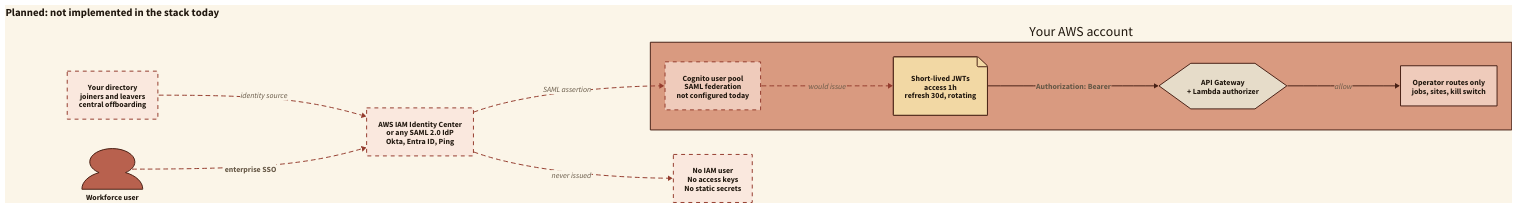
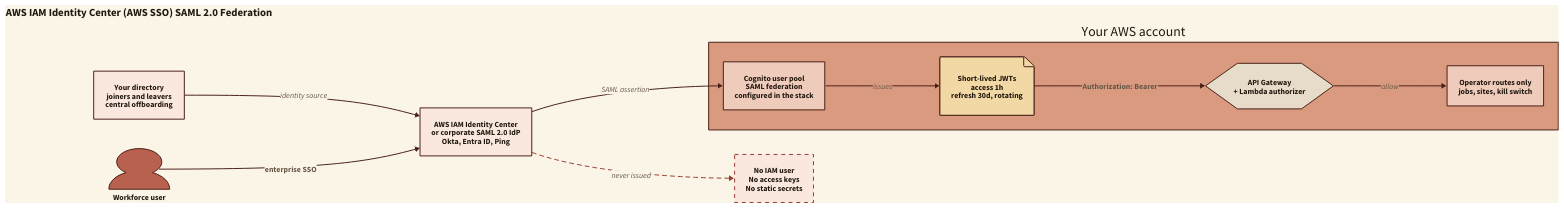
The diagram in docs/diagrams/auth-identity-center.d2 (AnthusAI/Auritus), drawn with D2 before and after one commit. The commit also changed 15 other files, not shown here.

Commit message:
feat(auth): support Google Workspace and AWS IAM Identity Center SSO federation

```diff
--- a/docs/diagrams/auth-identity-center.d2
+++ b/docs/diagrams/auth-identity-center.d2
@@ -1,103 +1,100 @@
 direction: right
 
 vars: {
   d2-config: {
     pad: 32
     theme-overrides: {
       N1: "#21180f"
       N2: "#665846"
       N3: "#9a8668"
       N4: "#cdbfa8"
       N5: "#e6dcc9"
       N6: "#f5eedf"
       N7: "#fbf5e8"
       B1: "#482015"
       B2: "#943c2e"
       B3: "#b8614e"
       B4: "#d99a80"
       B5: "#efcbbb"
       B6: "#fae8de"
       AA2: "#6e4f2b"
       AA4: "#b88e4c"
       AA5: "#e5c88f"
       AB4: "#b87925"
       AB5: "#f2d8a4"
     }
     dark-theme-overrides: {
       N1: "#f3e6cf"
       N2: "#cfbea4"
       N3: "#a99273"
       N4: "#705c44"
       N5: "#4a3928"
       N6: "#382b21"
       N7: "#2d231b"
       B1: "#f3d3c1"
       B2: "#e19a78"
       B3: "#bd7258"
       B4: "#704132"
       B5: "#482c22"
       B6: "#301e18"
       AA2: "#d7b57a"
       AA4: "#926e39"
       AA5: "#4f3920"
       AB4: "#efb85d"
       AB5: "#5c401f"
     }
   }
 }
 
 title: {
-  label: "Planned: not implemented in the stack today"
+  label: "AWS IAM Identity Center (AWS SSO) SAML 2.0 Federation"
   shape: text
   style.font-size: 22
   style.bold: true
 }
 
 operator: {
   label: "Workforce user"
   shape: person
 }
 
 idc: {
-  label: "AWS IAM Identity Center\nor any SAML 2.0 IdP\nOkta, Entra ID, Ping"
-  style.stroke-dash: 4
+  label: "AWS IAM Identity Center\nor corporate SAML 2.0 IdP\nOkta, Entra ID, Ping"
 }
 
 directory: {
   label: "Your directory\njoiners and leavers\ncentral offboarding"
-  style.stroke-dash: 4
 }
 
 aws: {
   label: "Your AWS account"
 
   pool: {
-    label: "Cognito user pool\nSAML federation\nnot configured today"
-    style.stroke-dash: 4
+    label: "Cognito user pool\nSAML federation\nconfigured in the stack"
   }
   tokens: {
     label: "Short-lived JWTs\naccess 1h\nrefresh 30d, rotating"
     shape: page
   }
   api: {
     label: "API Gateway\n+ Lambda authorizer"
     shape: hexagon
   }
   routes: {
     label: "Operator routes only\njobs, sites, kill switch"
   }
 }
 
 iam: {
   label: "No IAM user\nNo access keys\nNo static secrets"
   shape: rectangle
   style.stroke-dash: 4
 }
 
-directory -> idc: "identity source" {style.stroke-dash: 4}
-operator -> idc: "enterprise SSO" {style.bold: true; style.stroke-dash: 4}
-idc -> aws.pool: "SAML assertion" {style.stroke-dash: 4}
-aws.pool -> aws.tokens: "would issue" {style.stroke-dash: 4}
+directory -> idc: "identity source"
+operator -> idc: "enterprise SSO" {style.bold: true}
+idc -> aws.pool: "SAML assertion"
+aws.pool -> aws.tokens: "issues"
 aws.tokens -> aws.api: "Authorization: Bearer" {style.bold: true}
 aws.api -> aws.routes: "allow"
 idc -> iam: "never issued" {style.stroke-dash: 4}
```
